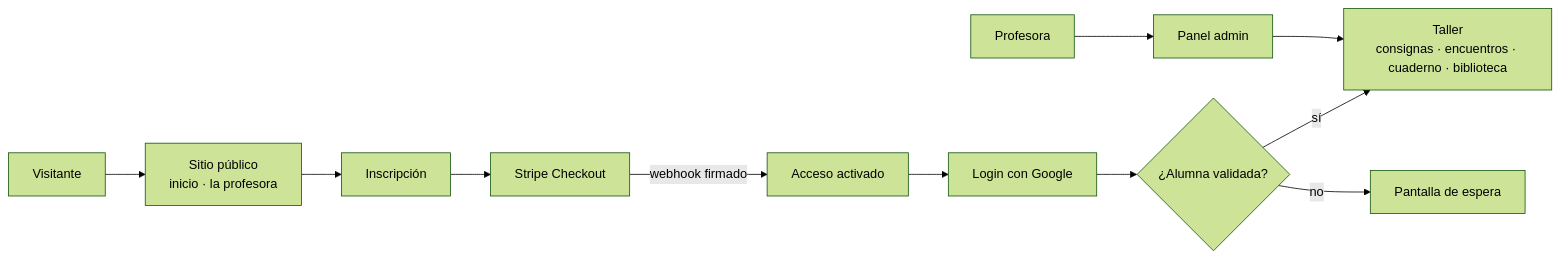
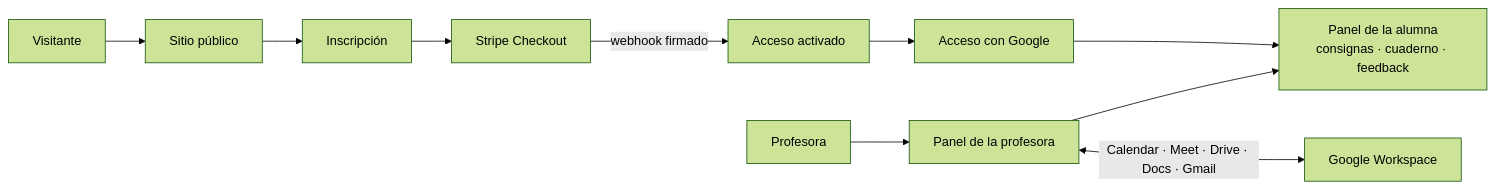
One commit to veneland/portafolio changed the diagram in casos/06-el-espacio/README.md. Above: the diagram before and after it, drawn with Mermaid (forest theme). The commit also changed other lines of this file and 9 other files, not shown here.

````diff
--- a/casos/06-el-espacio/README.md
+++ b/casos/06-el-espacio/README.md
@@ -20,12 +43,12 @@
 ```mermaid
 flowchart LR
-  V[Visitante] --> PUB[Sitio público<br/>inicio · la profesora]
+  V[Visitante] --> PUB[Sitio público]
   PUB --> INS[Inscripción]
   INS --> PAY[Stripe Checkout]
   PAY -->|webhook firmado| ACC[Acceso activado]
-  ACC --> LOG[Login con Google]
-  LOG --> VAL{¿Alumna validada?}
-  VAL -->|sí| TALLER[Taller<br/>consignas · encuentros · cuaderno · biblioteca]
-  VAL -->|no| ESP[Pantalla de espera]
-  ADM[Profesora] --> PANEL[Panel admin] --> TALLER
+  ACC --> LOG[Acceso con Google]
+  LOG --> AL[Panel de la alumna<br/>consignas · cuaderno · feedback]
+  PROF[Profesora] --> ADM[Panel de la profesora]
+  ADM <-->|Calendar · Meet · Drive · Docs · Gmail| G[Google Workspace]
+  ADM --> AL
 ```
````
